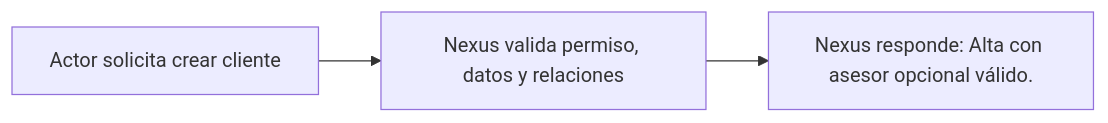
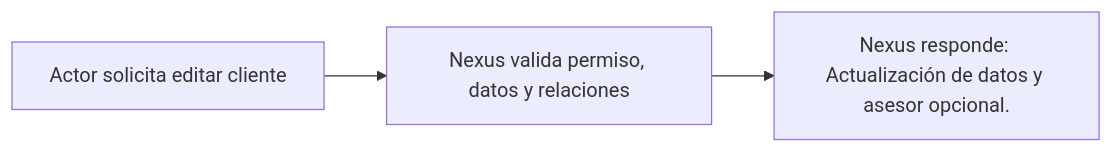
Before and after one commit to gpgsistemas01/nexus: the diagram in docs/requirements/diagrams/catalogs/cu-cat-16.md, drawn with Mermaid. The commit also changed other lines of this file and 207 other files, not shown here.

````diff
--- a/docs/requirements/diagrams/catalogs/cu-cat-16.md
+++ b/docs/requirements/diagrams/catalogs/cu-cat-16.md
@@ -3,5 +3,5 @@
 ```mermaid
 flowchart LR
-    request["Actor solicita crear cliente"] --> validate["Nexus valida permiso, datos y relaciones"]
-    validate --> result["Nexus responde: Alta con asesor opcional válido."]
+    request["Actor solicita editar cliente"] --> validate["Nexus valida permiso, datos y relaciones"]
+    validate --> result["Nexus responde: Actualización de datos y asesor opcional."]
 ```
````
